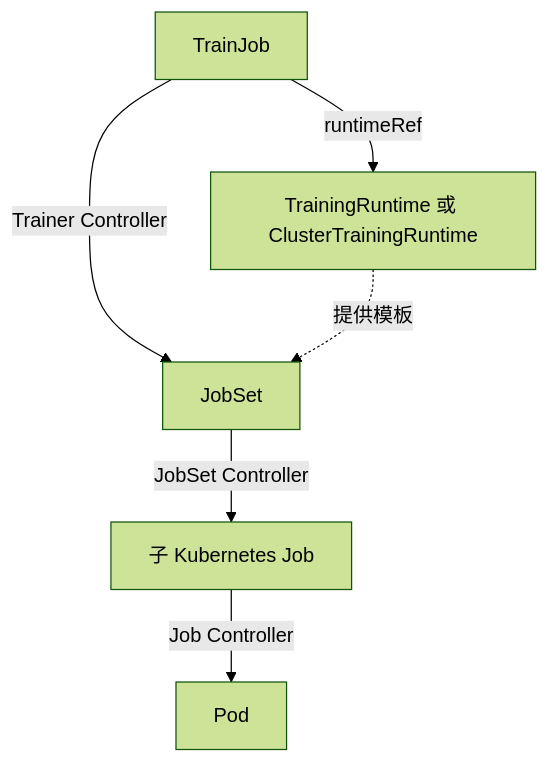
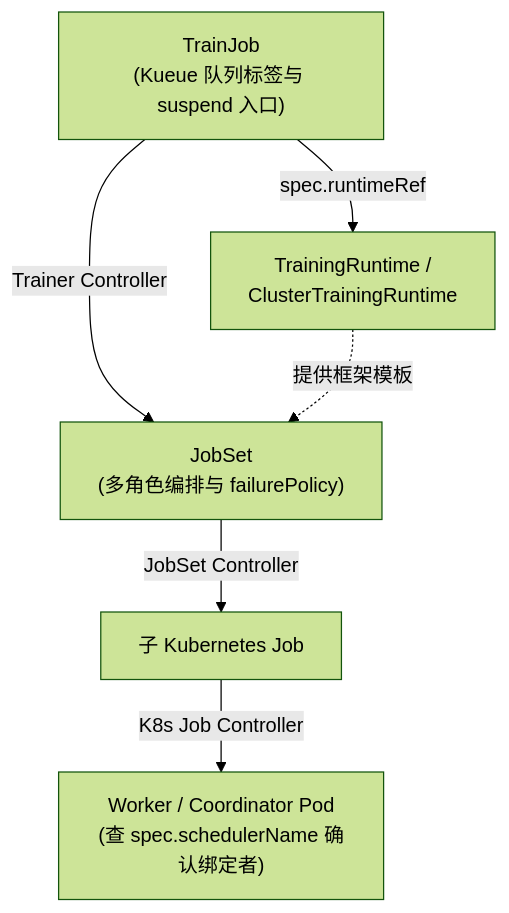
Before and after one commit to realtyz/ops-manual: the diagram in AI-Infra/16_Volcano的作业调度与队列管理/06_Kueue 准入与作业控制器.md, drawn with Mermaid (forest theme). The commit also changed other lines of this file and 194 other files, not shown here.

````diff
--- a/AI-Infra/16_Volcano的作业调度与队列管理/06_Kueue 准入与作业控制器.md
+++ b/AI-Infra/16_Volcano的作业调度与队列管理/06_Kueue 准入与作业控制器.md
@@ -60,8 +141,9 @@
 ```mermaid
 flowchart
-    T["TrainJob"] -->|"runtimeRef"| R["TrainingRuntime 或 ClusterTrainingRuntime"]
-    T -->|"Trainer Controller"| J["JobSet"]
-    R -.->|"提供模板"| J
-    J -->|"JobSet Controller"| K["子 Kubernetes Job"]
-    K -->|"Job Controller"| P["Pod"]
+    accDescr: Kubeflow Trainer v2 到 Pod 的对象所有权级联图，展示 TrainJob 引用 TrainingRuntime 生成 JobSet，JobSet Controller 展开为子 Kubernetes Job，最终由 Job Controller 生成 Pod 并交由指定调度器绑定。
+    T["TrainJob<br/>(Kueue 队列标签与 suspend 入口)"] -->|"spec.runtimeRef"| R["TrainingRuntime /<br/>ClusterTrainingRuntime"]
+    T -->|"Trainer Controller"| JS["JobSet<br/>(多角色编排与 failurePolicy)"]
+    R -.->|"提供框架模板"| JS
+    JS -->|"JobSet Controller"| KJ["子 Kubernetes Job"]
+    KJ -->|"K8s Job Controller"| P["Worker / Coordinator Pod<br/>(查 spec.schedulerName 确认绑定者)"]
 ```
````
